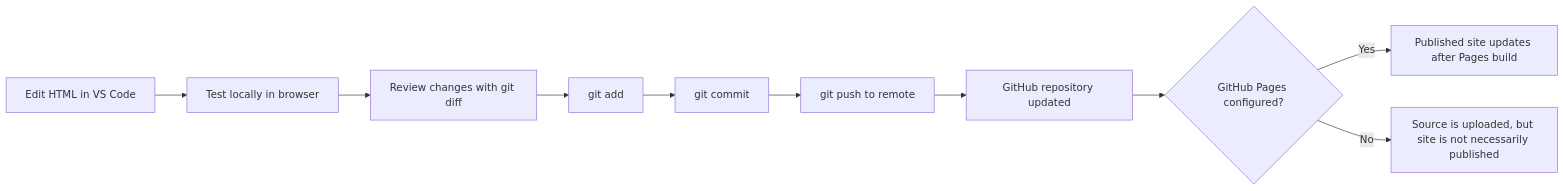
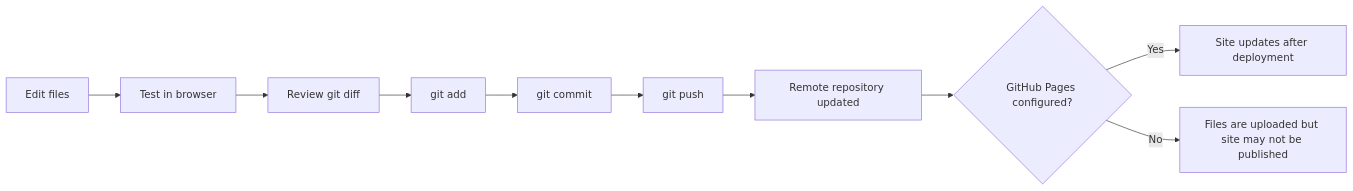
One commit to girishdev10/PersonalExpenseTracker changed the second of 2 diagrams in README.md. Above: the diagram before and after it, drawn with Mermaid. The commit also changed other lines of this file, not shown here.

````diff
--- a/README.md
+++ b/README.md
@@ -340,12 +210,12 @@
 ```mermaid
 flowchart LR
-    A[Edit HTML in VS Code] --> B[Test locally in browser]
-    B --> C[Review changes with git diff]
+    A[Edit files] --> B[Test in browser]
+    B --> C[Review git diff]
     C --> D[git add]
     D --> E[git commit]
-    E --> F[git push to remote]
-    F --> G[GitHub repository updated]
+    E --> F[git push]
+    F --> G[Remote repository updated]
     G --> H{GitHub Pages configured?}
-    H -- Yes --> I[Published site updates after Pages build]
-    H -- No --> J[Source is uploaded, but site is not necessarily published]
+    H -- Yes --> I[Site updates after deployment]
+    H -- No --> J[Files are uploaded but site may not be published]
 ```
````
